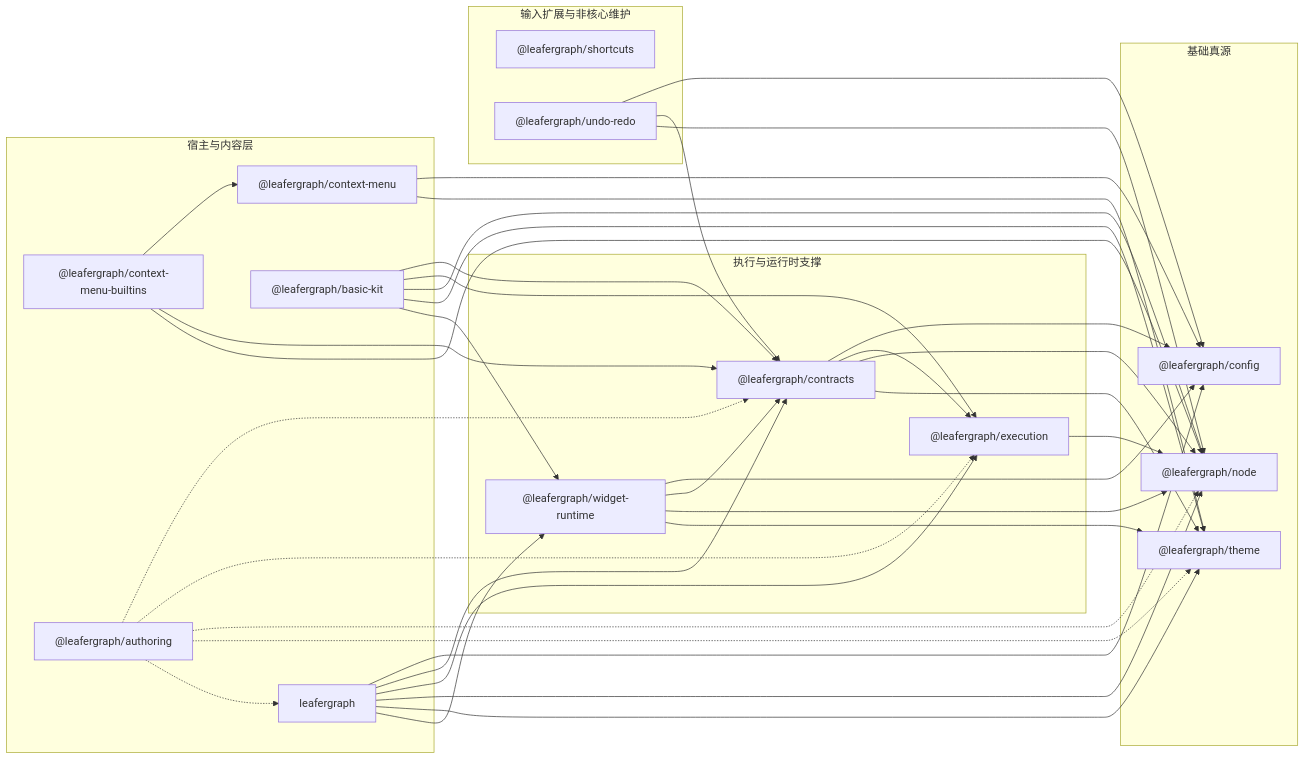
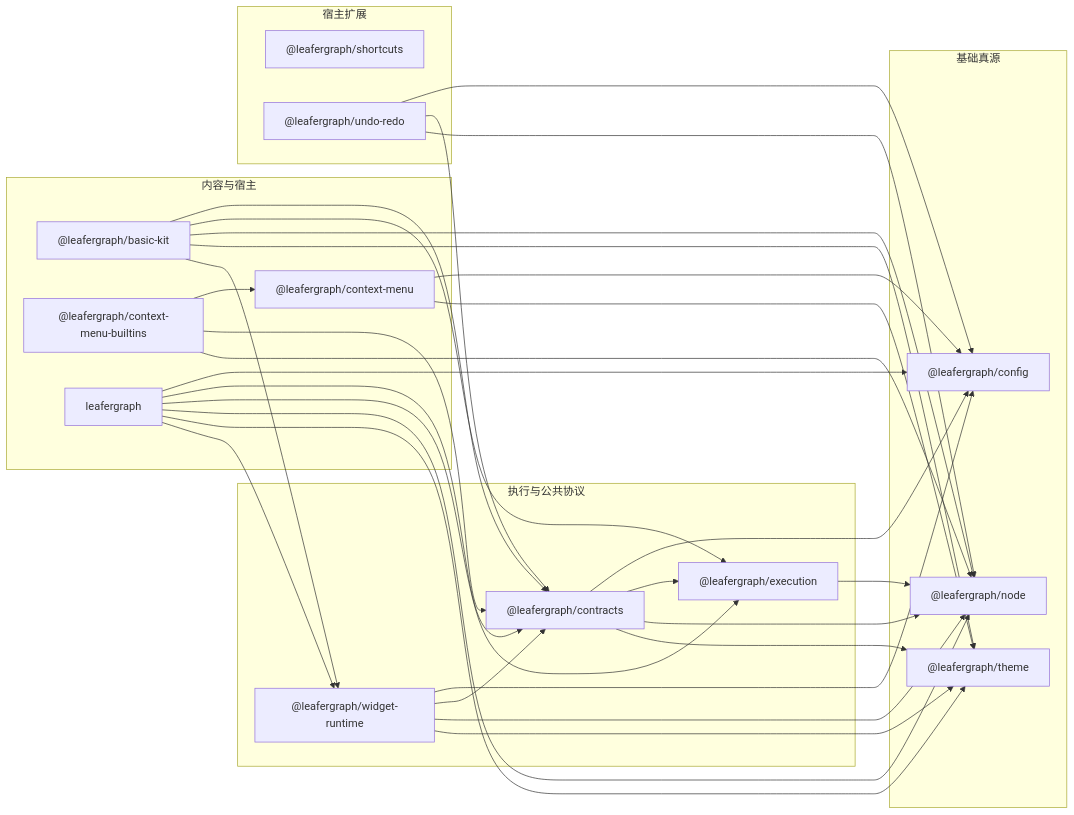
One commit to izumkineno/leafergraph changed the diagram in README.md. Above: the diagram before and after it, drawn with Mermaid. The commit also changed other lines of this file and 32 other files, not shown here.

````diff
--- a/README.md
+++ b/README.md
@@ -48,69 +37,62 @@
 ```mermaid
 flowchart LR
     subgraph foundation["基础真源"]
         nodePkg["@leafergraph/node"]
         themePkg["@leafergraph/theme"]
         configPkg["@leafergraph/config"]
     end
 
-    subgraph runtime["执行与运行时支撑"]
-        execPkg["@leafergraph/execution"]
+    subgraph protocol["执行与公共协议"]
+        executionPkg["@leafergraph/execution"]
         contractsPkg["@leafergraph/contracts"]
         widgetRuntimePkg["@leafergraph/widget-runtime"]
     end
 
-    subgraph host["宿主与内容层"]
-        leafergraphPkg["leafergraph"]
+    subgraph host["内容与宿主"]
         basicKitPkg["@leafergraph/basic-kit"]
         contextMenuPkg["@leafergraph/context-menu"]
         contextMenuBuiltinsPkg["@leafergraph/context-menu-builtins"]
-        authoringPkg["@leafergraph/authoring"]
+        leafergraphPkg["leafergraph"]
     end
 
-    subgraph extensions["输入扩展与非核心维护"]
+    subgraph extensions["宿主扩展"]
         shortcutsPkg["@leafergraph/shortcuts"]
         undoRedoPkg["@leafergraph/undo-redo"]
     end
 
-    execPkg --> nodePkg
+    executionPkg --> nodePkg
 
     contractsPkg --> configPkg
-    contractsPkg --> execPkg
+    contractsPkg --> executionPkg
     contractsPkg --> nodePkg
     contractsPkg --> themePkg
 
     widgetRuntimePkg --> configPkg
     widgetRuntimePkg --> contractsPkg
     widgetRuntimePkg --> nodePkg
     widgetRuntimePkg --> themePkg
 
-    leafergraphPkg --> configPkg
-    leafergraphPkg --> contractsPkg
-    leafergraphPkg --> execPkg
-    leafergraphPkg --> nodePkg
-    leafergraphPkg --> themePkg
-    leafergraphPkg --> widgetRuntimePkg
-
     basicKitPkg --> contractsPkg
-    basicKitPkg --> execPkg
+    basicKitPkg --> executionPkg
     basicKitPkg --> nodePkg
     basicKitPkg --> themePkg
     basicKitPkg --> widgetRuntimePkg
 
     contextMenuPkg --> configPkg
     contextMenuPkg --> themePkg
 
     contextMenuBuiltinsPkg --> contextMenuPkg
     contextMenuBuiltinsPkg --> contractsPkg
     contextMenuBuiltinsPkg --> nodePkg
 
+    leafergraphPkg --> configPkg
+    leafergraphPkg --> contractsPkg
+    leafergraphPkg --> executionPkg
+    leafergraphPkg --> nodePkg
+    leafergraphPkg --> themePkg
+    leafergraphPkg --> widgetRuntimePkg
+
     undoRedoPkg --> configPkg
     undoRedoPkg --> contractsPkg
     undoRedoPkg --> nodePkg
-
-    authoringPkg -.-> contractsPkg
-    authoringPkg -.-> execPkg
-    authoringPkg -.-> nodePkg
-    authoringPkg -.-> themePkg
-    authoringPkg -.-> leafergraphPkg
 ```
````
